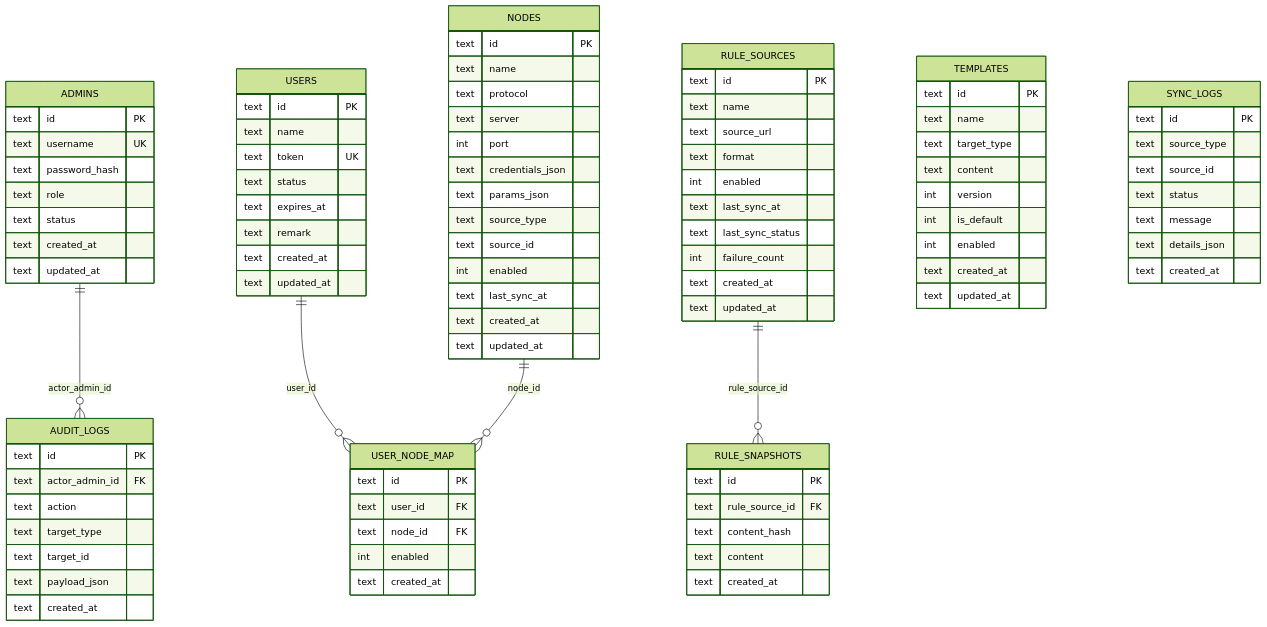
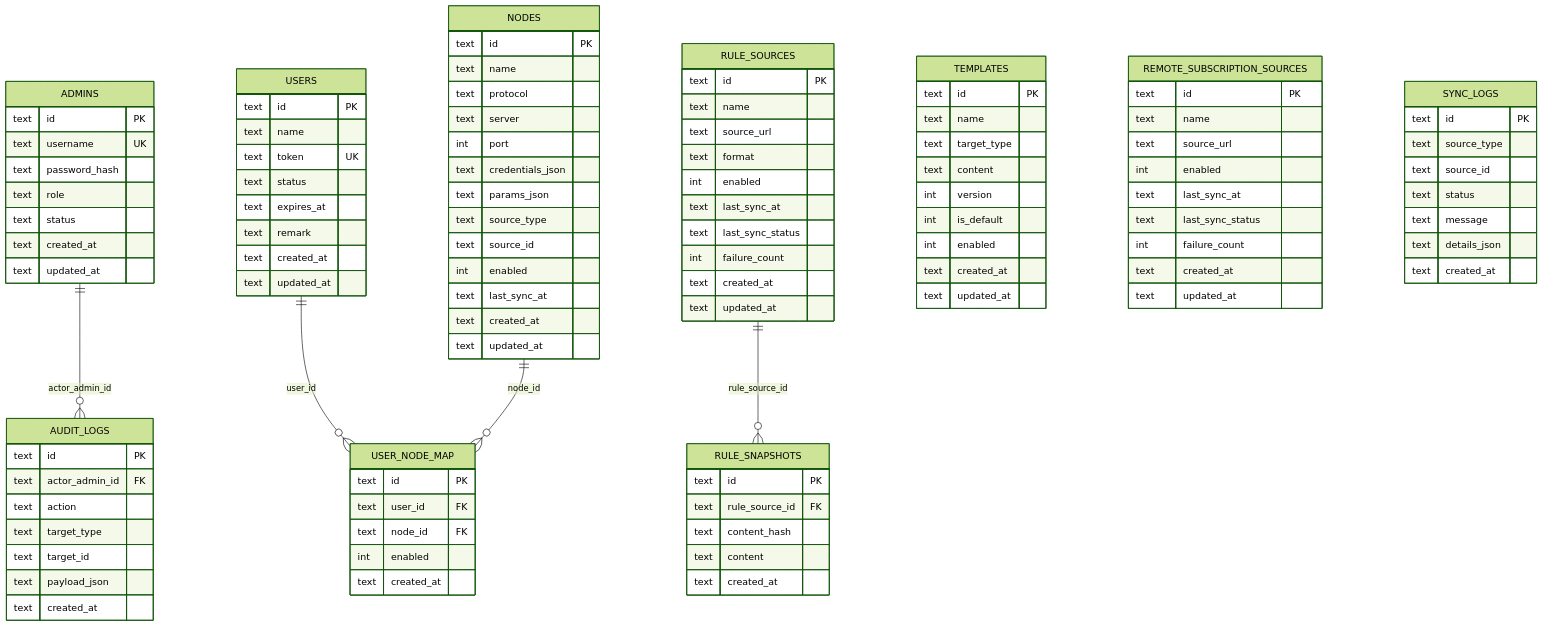
One commit to aliom-v/SubForge changed the fifth of 5 diagrams in docs/架构图与ER图.md. Above: the diagram before and after it, drawn with Mermaid (forest theme). The commit also changed other lines of this file and 64 other files, not shown here.

```diff
--- a/docs/架构图与ER图.md
+++ b/docs/架构图与ER图.md
@@ -234,6 +235,18 @@
     text created_at
   }
 
+  REMOTE_SUBSCRIPTION_SOURCES {
+    text id PK
+    text name
+    text source_url
+    int enabled
+    text last_sync_at
+    text last_sync_status
+    int failure_count
+    text created_at
+    text updated_at
+  }
+
   USER_NODE_MAP {
     text id PK
     text user_id FK
```
